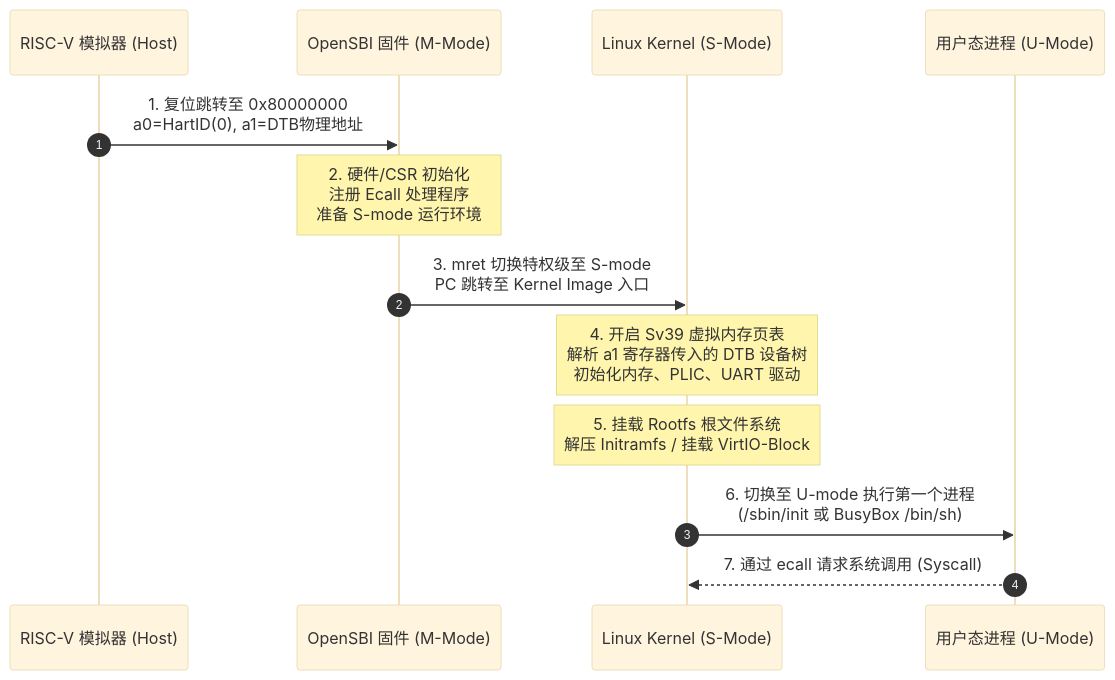
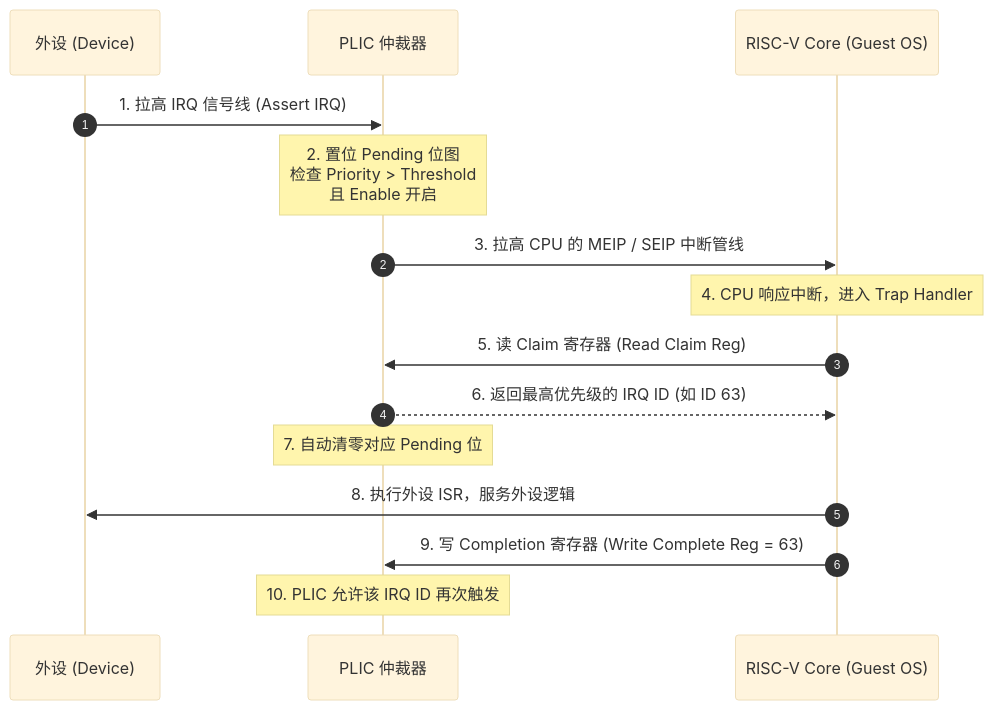
The second of 5 diagrams in content/projects/emu-exp-2026/Ch5.md (HEU-Direct-PhD-Program-in-CS/HEU-Direct-PhD-Program-in-CS.github.io), drawn with Mermaid (base theme) before and after one commit. The commit also changed other lines of this file and 8 other files, not shown here.

````diff
--- a/content/projects/emu-exp-2026/Ch5.md
+++ b/content/projects/emu-exp-2026/Ch5.md
@@ -32,16 +84,18 @@
 ```mermaid
 sequenceDiagram
     autonumber
-    participant Emu as RISC-V 模拟器 (Host)
-    participant SBI as OpenSBI 固件 (M-Mode)
-    participant Kernel as Linux Kernel (S-Mode)
-    participant User as 用户态进程 (U-Mode)
+    participant Dev as 外设 (Device)
+    participant PLIC as PLIC 仲裁器
+    participant CPU as RISC-V Core (Guest OS)
 
-    Emu->>SBI: 1. 复位跳转至 0x80000000<br/>a0=HartID(0), a1=DTB物理地址
-    Note over SBI: 2. 硬件/CSR 初始化<br/>注册 Ecall 处理程序<br/>准备 S-mode 运行环境
-    SBI->>Kernel: 3. mret 切换特权级至 S-mode<br/>PC 跳转至 Kernel Image 入口
-    Note over Kernel: 4. 开启 Sv39 虚拟内存页表<br/>解析 a1 寄存器传入的 DTB 设备树<br/>初始化内存、PLIC、UART 驱动
-    Note over Kernel: 5. 挂载 Rootfs 根文件系统<br/>解压 Initramfs / 挂载 VirtIO-Block
-    Kernel->>User: 6. 切换至 U-mode 执行第一个进程<br/>(/sbin/init 或 BusyBox /bin/sh)
-    User-->>Kernel: 7. 通过 ecall 请求系统调用 (Syscall)
+    Dev->>PLIC: 1. 拉高 IRQ 信号线 (Assert IRQ)
+    Note over PLIC: 2. 置位 Pending 位图<br/>检查 Priority > Threshold<br/>且 Enable 开启
+    PLIC->>CPU: 3. 拉高 CPU 的 MEIP / SEIP 中断管线
+    Note over CPU: 4. CPU 响应中断，进入 Trap Handler
+    CPU->>PLIC: 5. 读 Claim 寄存器 (Read Claim Reg)
+    PLIC-->>CPU: 6. 返回最高优先级的 IRQ ID (如 ID 63)
+    Note over PLIC: 7. 自动清零对应 Pending 位
+    CPU->>Dev: 8. 执行外设 ISR，服务外设逻辑
+    CPU->>PLIC: 9. 写 Completion 寄存器 (Write Complete Reg = 63)
+    Note over PLIC: 10. PLIC 允许该 IRQ ID 再次触发
 ```
````
